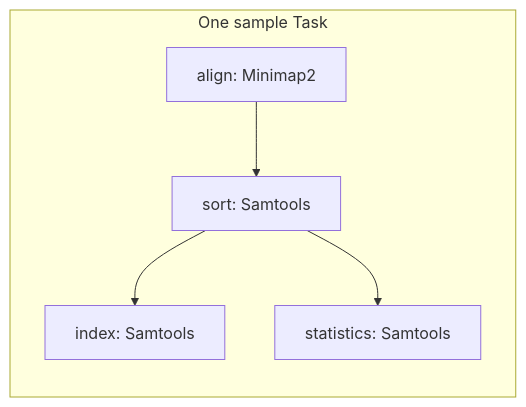
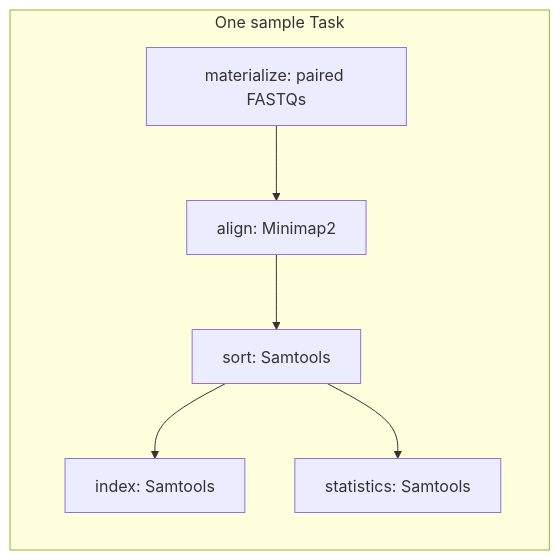
Before and after one commit to MOMA-AUH/gwflow: the first of 2 diagrams in example/README.md, drawn with Mermaid. The commit also changed other lines of this file and 10 other files, not shown here.

Commit message:
Demonstrate alignment reuse after archiving paired FASTQs with SPRING

````diff
--- a/example/README.md
+++ b/example/README.md
@@ -18,8 +18,9 @@
 ```mermaid
 flowchart LR
     subgraph sample[One sample Task]
+        M[materialize: paired FASTQs] --> A
         A[align: Minimap2] --> B[sort: Samtools]
         B --> C[index: Samtools]
         B --> D[statistics: Samtools]
     end
 ```
````
